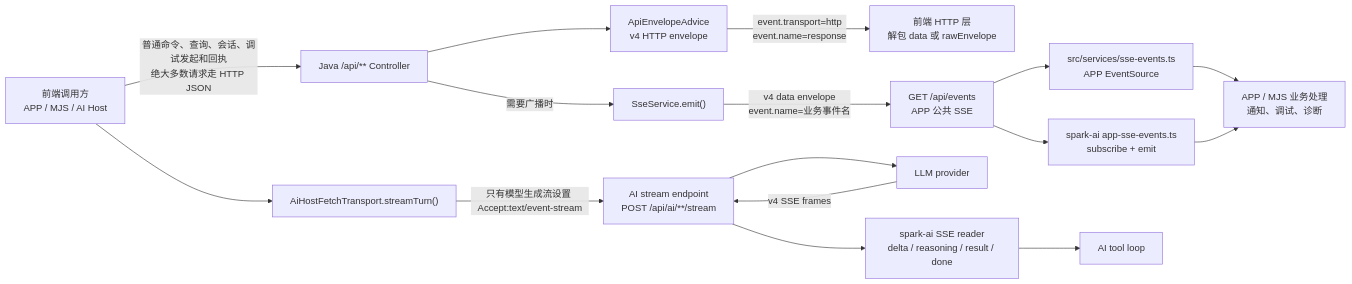
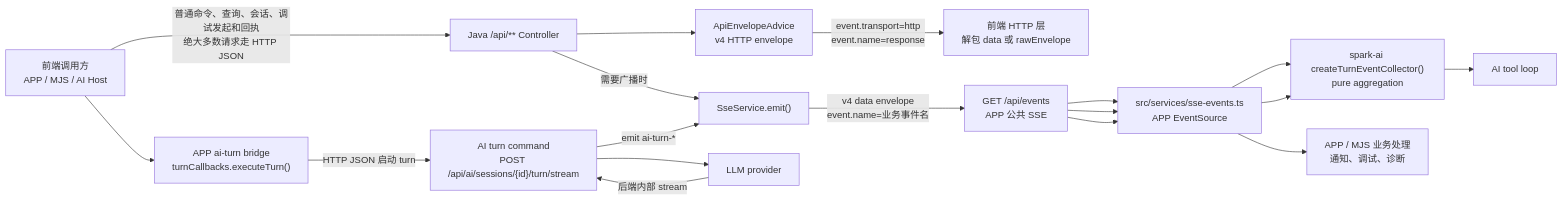
Before and after one commit to LMSpark/spark-view-vue: the first of 2 diagrams in docs/api/SPARK_COMMUNICATION_ENVELOPE_V4.md, drawn with Mermaid. The commit also changed other lines of this file and 45 other files, not shown here.

Commit message:
refactor(spark-ai): move AI host IO behind callbacks

````diff
--- a/docs/api/SPARK_COMMUNICATION_ENVELOPE_V4.md
+++ b/docs/api/SPARK_COMMUNICATION_ENVELOPE_V4.md
@@ -125,33 +125,33 @@
 ```mermaid
 flowchart LR
   caller["前端调用方<br/>APP / MJS / AI Host"]
   httpController["Java /api/** Controller"]
   envelopeAdvice["ApiEnvelopeAdvice<br/>v4 HTTP envelope"]
   httpClient["前端 HTTP 层<br/>解包 data 或 rawEnvelope"]
 
   sseService["SseService.emit()"]
   appEvents["GET /api/events<br/>APP 公共 SSE"]
   appSseReader["src/services/sse-events.ts<br/>APP EventSource"]
-  aiAppSseApi["spark-ai app-sse-events.ts<br/>subscribe + emit"]
+  turnCollector["spark-ai createTurnEventCollector()<br/>pure aggregation"]
   businessHandlers["APP / MJS 业务处理<br/>通知、调试、诊断"]
 
-  aiTransport["AiHostFetchTransport.streamTurn()"]
-  aiStreamEndpoint["AI stream endpoint<br/>POST /api/ai/**/stream"]
+  aiBridge["APP ai-turn bridge<br/>turnCallbacks.executeTurn()"]
+  aiTurnCommand["AI turn command<br/>POST /api/ai/sessions/{id}/turn/stream"]
   provider["LLM provider"]
-  aiStreamReader["spark-ai SSE reader<br/>delta / reasoning / result / done"]
   toolLoop["AI tool loop"]
 
   caller -->|"普通命令、查询、会话、调试发起和回执<br/>绝大多数请求走 HTTP JSON"| httpController
   httpController --> envelopeAdvice -->|"event.transport=http<br/>event.name=response"| httpClient
 
   httpController -->|"需要广播时"| sseService
   sseService -->|"v4 data envelope<br/>event.name=业务事件名"| appEvents
   appEvents --> appSseReader --> businessHandlers
-  appEvents --> aiAppSseApi --> businessHandlers
+  appEvents --> appSseReader --> turnCollector
 
-  caller --> aiTransport
-  aiTransport -->|"只有模型生成流设置 Accept:text/event-stream"| aiStreamEndpoint
-  aiStreamEndpoint --> provider
-  provider -->|"v4 SSE frames"| aiStreamEndpoint
-  aiStreamEndpoint --> aiStreamReader --> toolLoop
+  caller --> aiBridge
+  aiBridge -->|"HTTP JSON 启动 turn"| aiTurnCommand
+  aiTurnCommand --> provider
+  provider -->|"后端内部 stream"| aiTurnCommand
+  aiTurnCommand -->|"emit ai-turn-*"| sseService
+  appEvents --> appSseReader --> turnCollector --> toolLoop
 ```
````
